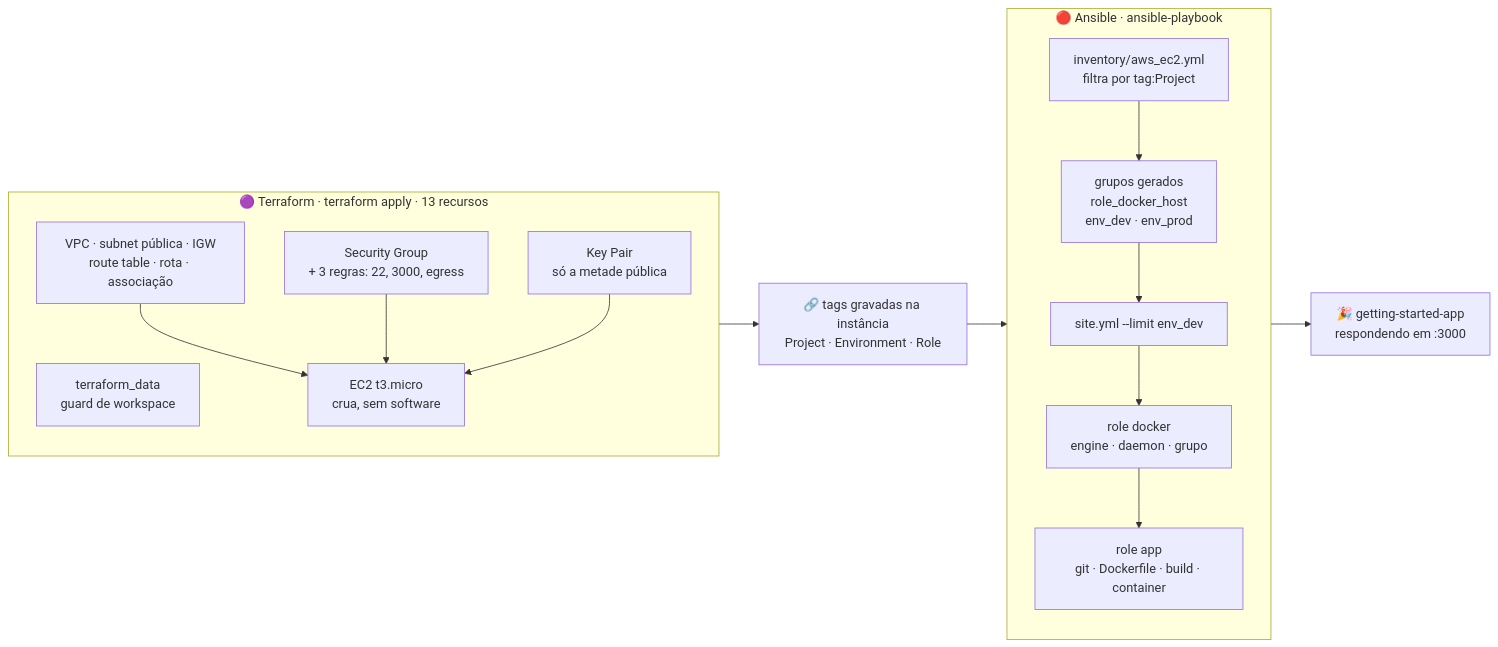
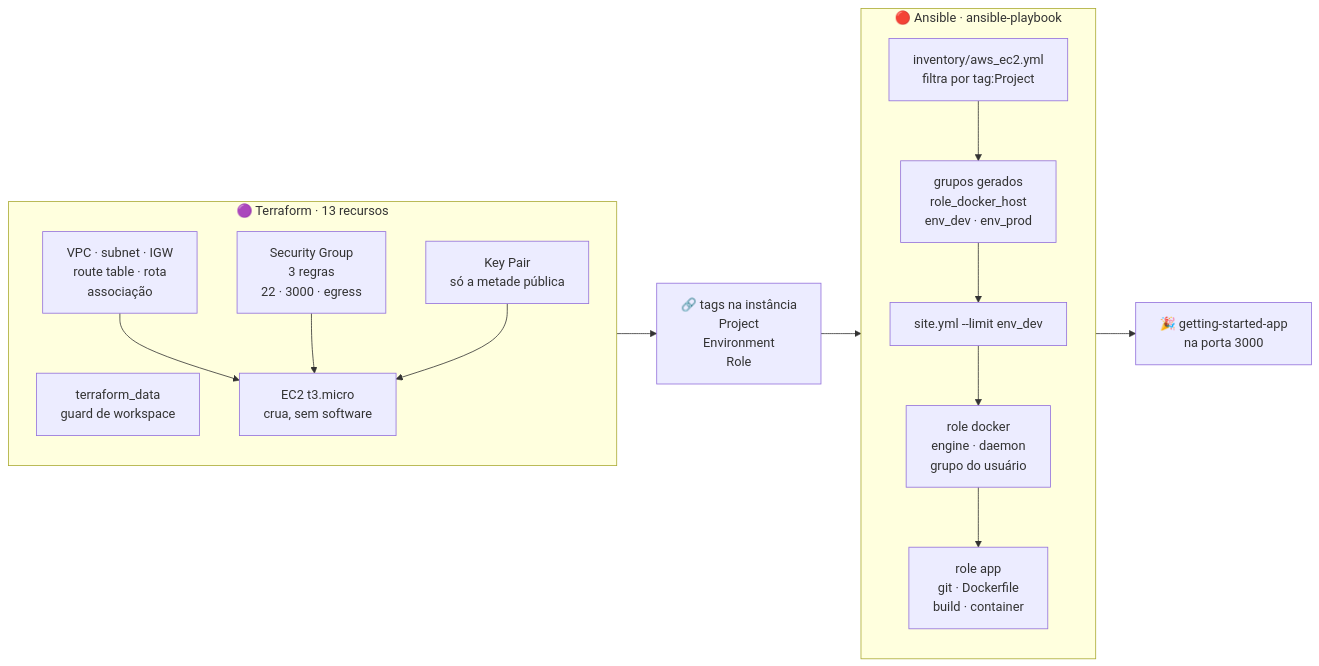
One commit to weynne/cesar-school-pos-devops-iac changed the second of 4 diagrams in README.md. Above: the diagram before and after it, drawn with Mermaid. The commit also changed other lines of this file, not shown here.

Commit message:
docs: keep diagram labels short enough not to be clipped

````diff
--- a/README.md
+++ b/README.md
@@ -86,29 +86,29 @@
 ```mermaid
 flowchart LR
-    subgraph TF["🟣 Terraform · terraform apply · 13 recursos"]
+    subgraph TF["🟣 Terraform · 13 recursos"]
         direction TB
         GUARD["terraform_data<br/>guard de workspace"]
-        NET["VPC · subnet pública · IGW<br/>route table · rota · associação"]
-        SEC["Security Group<br/>+ 3 regras: 22, 3000, egress"]
+        NET["VPC · subnet · IGW<br/>route table · rota<br/>associação"]
+        SEC["Security Group<br/>3 regras<br/>22 · 3000 · egress"]
         KEY["Key Pair<br/>só a metade pública"]
         EC2["EC2 t3.micro<br/>crua, sem software"]
         NET --> EC2
         SEC --> EC2
         KEY --> EC2
     end
 
-    TAGS["🔗 tags gravadas na instância<br/>Project · Environment · Role"]
+    TAGS["🔗 tags na instância<br/>Project<br/>Environment<br/>Role"]
 
     subgraph ANS["🔴 Ansible · ansible-playbook"]
         direction TB
         INV["inventory/aws_ec2.yml<br/>filtra por tag:Project"]
         GRP["grupos gerados<br/>role_docker_host<br/>env_dev · env_prod"]
         PLAY["site.yml --limit env_dev"]
-        RD["role docker<br/>engine · daemon · grupo"]
-        RA["role app<br/>git · Dockerfile · build · container"]
+        RD["role docker<br/>engine · daemon<br/>grupo do usuário"]
+        RA["role app<br/>git · Dockerfile<br/>build · container"]
         INV --> GRP --> PLAY --> RD --> RA
     end
 
     EC2 --> TAGS --> INV
-    RA --> OUT["🎉 getting-started-app<br/>respondendo em :3000"]
+    RA --> OUT["🎉 getting-started-app<br/>na porta 3000"]
 ```
````
